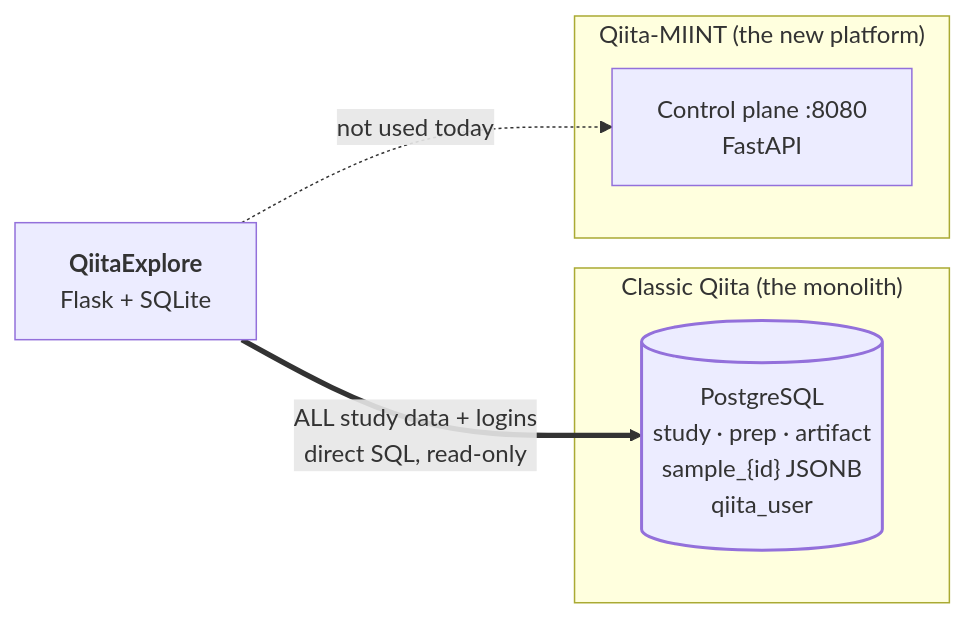
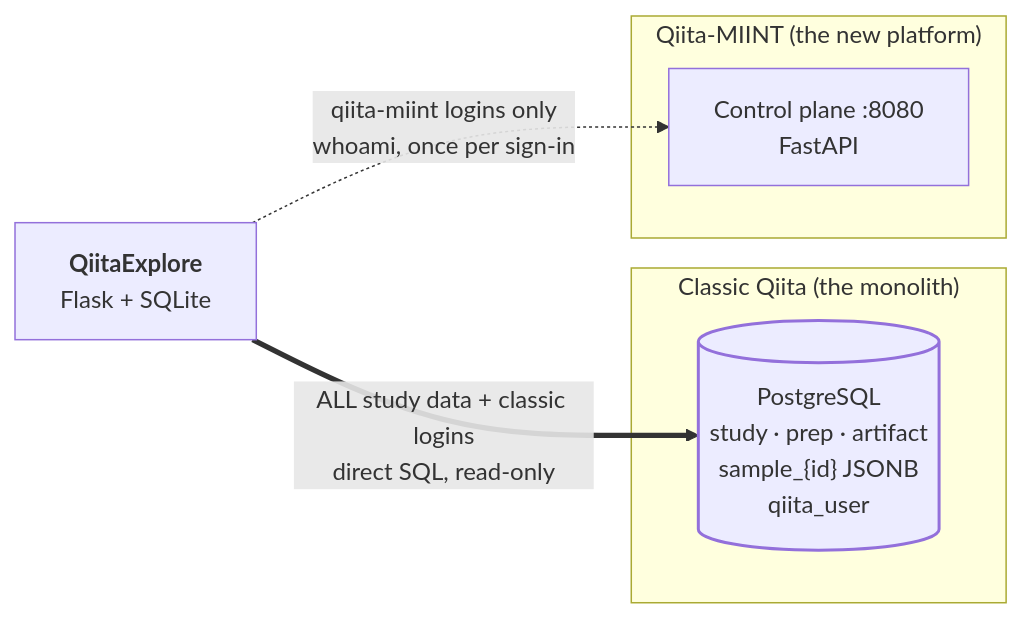
Before and after one commit to dhruvviveksharma/QiitaExplore: the diagram in docs/00-orientation.md, drawn with Mermaid. The commit also changed other lines of this file and 34 other files, not shown here.

````diff
--- a/docs/00-orientation.md
+++ b/docs/00-orientation.md
@@ -30,17 +30,17 @@
 ```mermaid
 flowchart LR
     QE["<b>QiitaExplore</b><br/>Flask + SQLite"]
 
     subgraph CLASSIC["Classic Qiita (the monolith)"]
         PG[("PostgreSQL<br/>study · prep · artifact<br/>sample_{id} JSONB<br/>qiita_user")]
     end
 
     subgraph MIINT["Qiita-MIINT (the new platform)"]
         CP["Control plane :8080<br/>FastAPI"]
     end
 
-    QE ==>|"ALL study data + logins<br/>direct SQL, read-only"| PG
-    QE -.->|"not used today"| CP
+    QE ==>|"ALL study data + classic logins<br/>direct SQL, read-only"| PG
+    QE -.->|"qiita-miint logins only<br/>whoami, once per sign-in"| CP
 
     style PG stroke-width:2px
 ```
````
